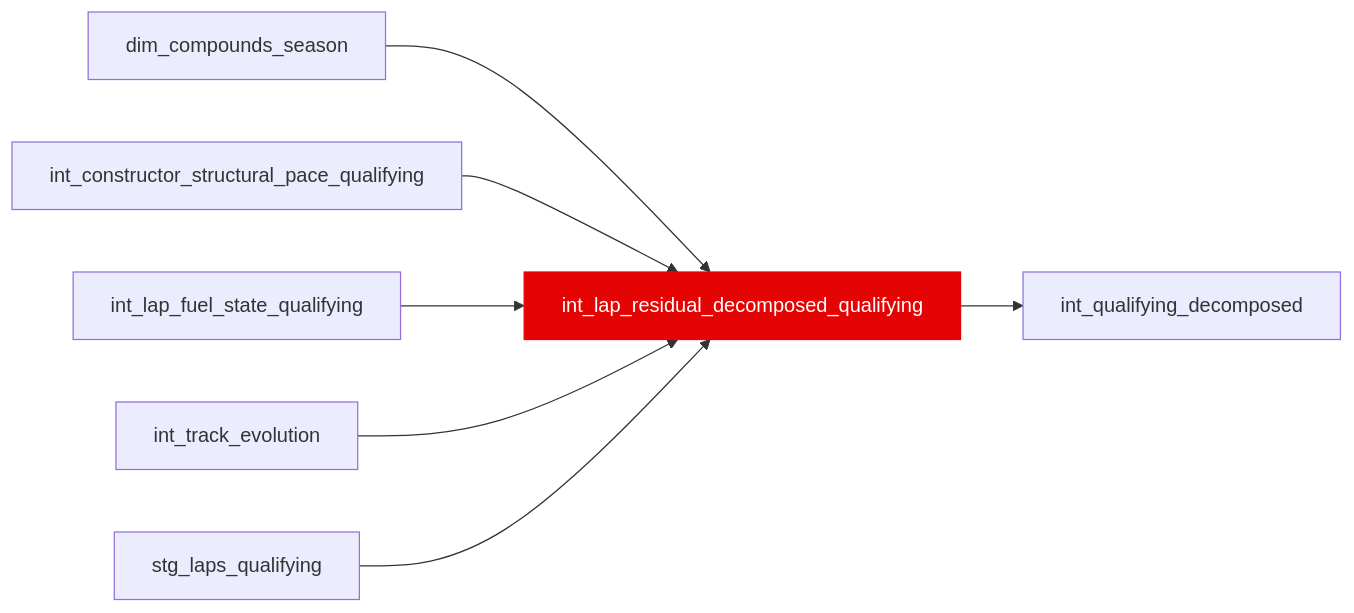
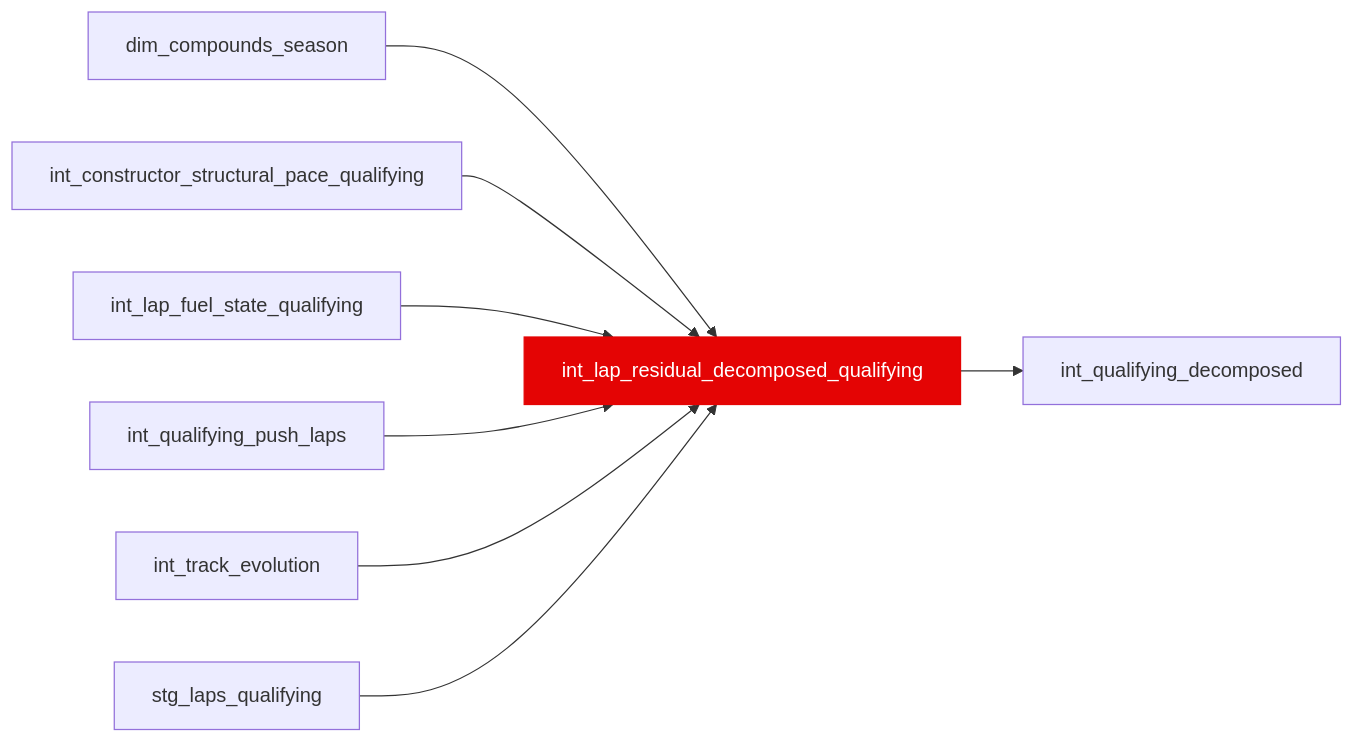
Before and after one commit to JustinClarke/off-the-pace: the diagram in docs/reference/models/int/int_lap_residual_decomposed_qualifying.mdx, drawn with Mermaid. The commit also changed other lines of this file and 89 other files, not shown here.

````diff
--- a/docs/reference/models/int/int_lap_residual_decomposed_qualifying.mdx
+++ b/docs/reference/models/int/int_lap_residual_decomposed_qualifying.mdx
@@ -15,10 +15,11 @@
 ```mermaid
 flowchart LR
   dim_compounds_season --> int_lap_residual_decomposed_qualifying
   int_constructor_structural_pace_qualifying --> int_lap_residual_decomposed_qualifying
   int_lap_fuel_state_qualifying --> int_lap_residual_decomposed_qualifying
+  int_qualifying_push_laps --> int_lap_residual_decomposed_qualifying
   int_track_evolution --> int_lap_residual_decomposed_qualifying
   stg_laps_qualifying --> int_lap_residual_decomposed_qualifying
   int_lap_residual_decomposed_qualifying --> int_qualifying_decomposed
   style int_lap_residual_decomposed_qualifying fill:#e40404,stroke:#e40404,color:#fff
 ```
````
